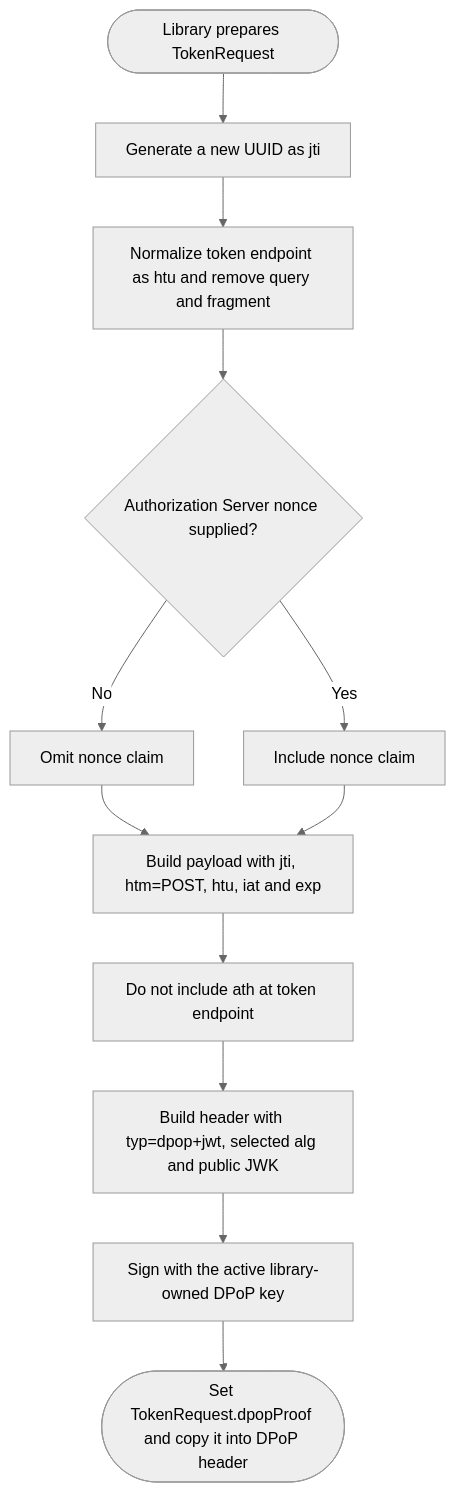
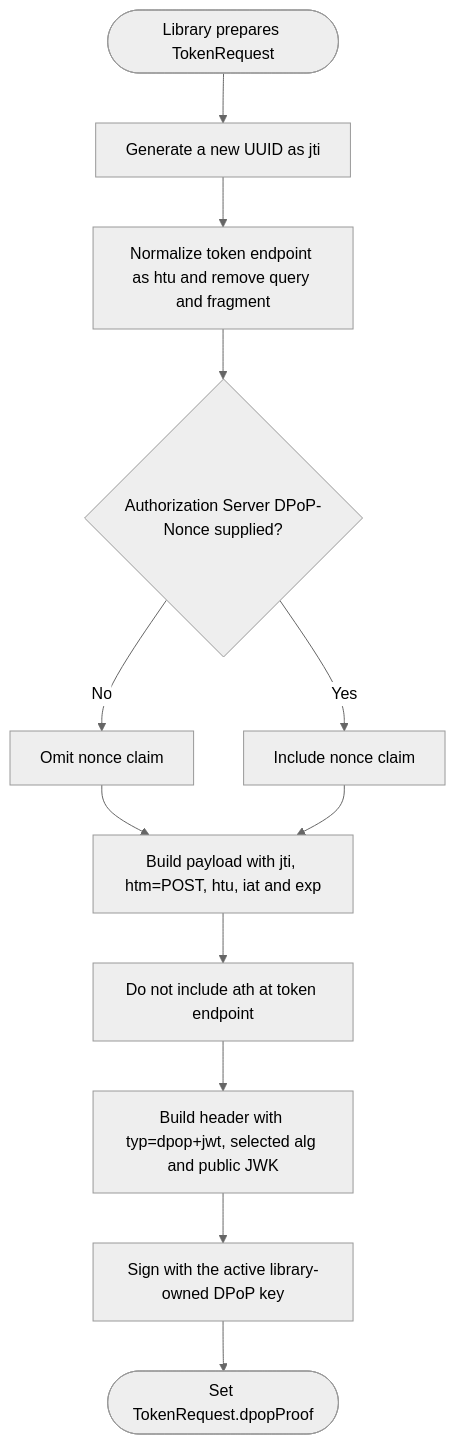
Before and after one commit to inji/inji-wallet: the fourth of 9 diagrams in docs/dpop-support.md, drawn with Mermaid (neutral theme). The commit also changed other lines of this file, not shown here.

First line of the commit message:
docs(dpop): clarify nonce naming and token endpoint boundary

````diff
--- a/docs/dpop-support.md
+++ b/docs/dpop-support.md
@@ -235,14 +235,14 @@
 ```mermaid
 flowchart TD
   A([Library prepares TokenRequest]) --> B[Generate a new UUID as jti]
   B --> C[Normalize token endpoint as htu and remove query and fragment]
-  C --> D{Authorization Server nonce supplied?}
+  C --> D{Authorization Server DPoP-Nonce supplied?}
   D -- No --> E[Omit nonce claim]
   D -- Yes --> F[Include nonce claim]
   E --> G[Build payload with jti, htm=POST, htu, iat and exp]
   F --> G
   G --> H[Do not include ath at token endpoint]
   H --> I[Build header with typ=dpop+jwt, selected alg and public JWK]
   I --> J[Sign with the active library-owned DPoP key]
-  J --> K([Set TokenRequest.dpopProof and copy it into DPoP header])
+  J --> K([Set TokenRequest.dpopProof])
 ```
````
